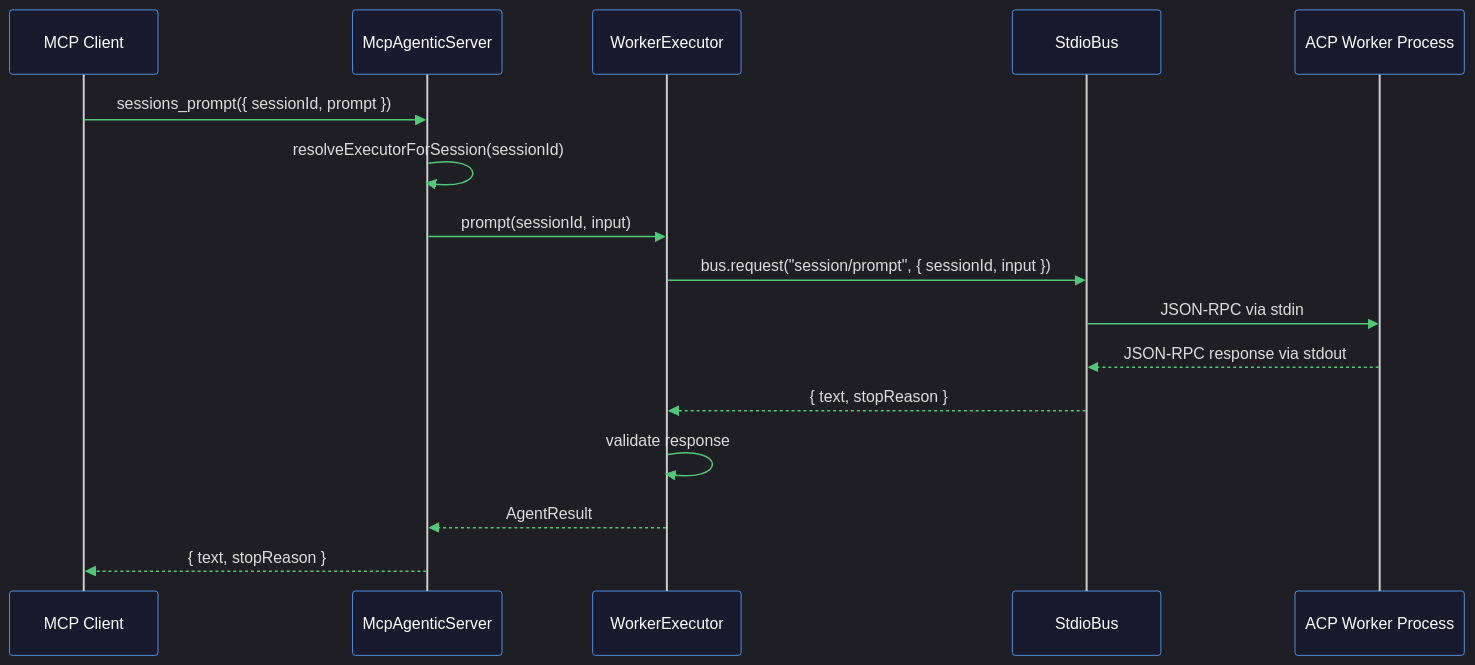
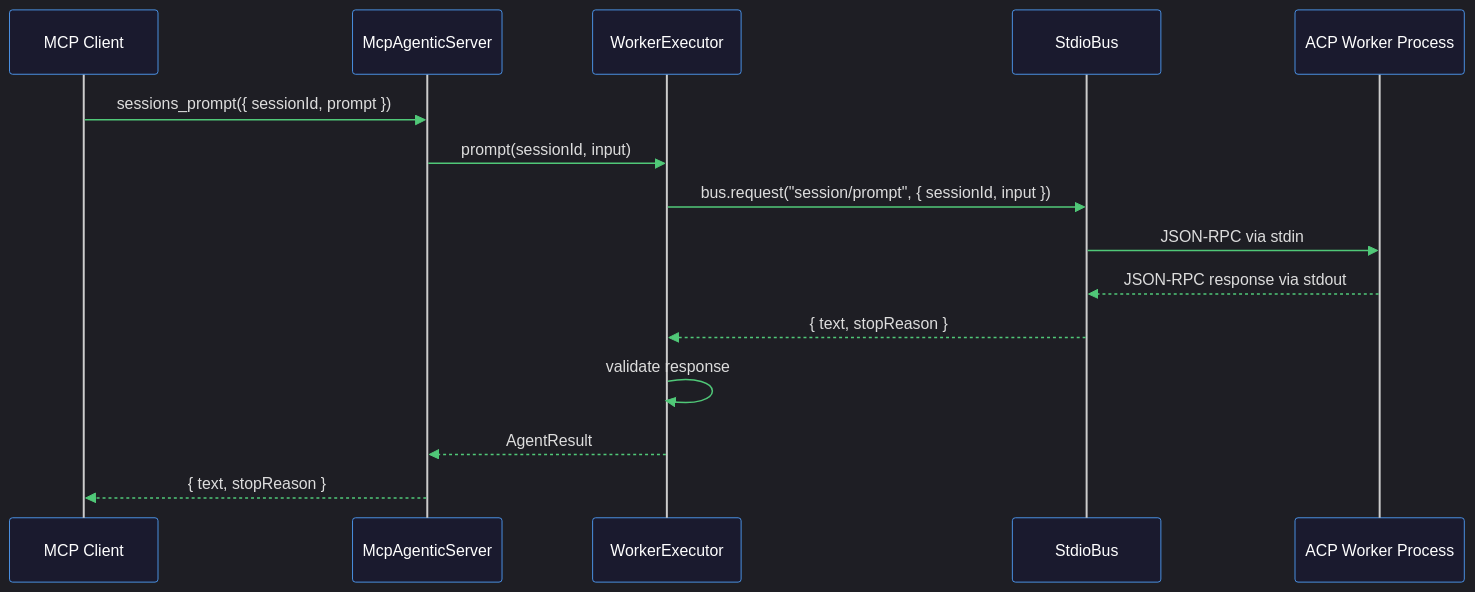
Before and after one commit to stdiobus/mcp-agentic: the fifth of 5 diagrams in README.md, drawn with Mermaid. The commit also changed other lines of this file, not shown here.

````diff
--- a/README.md
+++ b/README.md
@@ -416,20 +504,19 @@
 ```mermaid
-%%{init: {'theme':'dark', 'themeVariables':{'actorBkg':'#1a1a2e','actorBorder':'#4a90e2','actorTextColor':'#fff','signalColor':'#50c878','signalTextColor':'#ddd','noteBkgColor':'#16213e','noteTextColor':'#fff','noteBorderColor':'#e67e22','activationBkgColor':'#0f3460','activationBorderColor':'#9b59b6','sequenceNumberColor':'#f39c12'}}}%%
+%%{init: {'theme':'dark', 'themeVariables':{'actorBkg':'#1a1a2e','actorBorder':'#4a90e2','actorTextColor':'#fff','signalColor':'#50c878','signalTextColor':'#ddd','noteBkgColor':'#16213e','noteTextColor':'#fff','noteBorderColor':'#e67e22','activationBkgColor':'#0f3460','activationBorderColor':'#9b59b6'}}}%%
 sequenceDiagram
     participant C as MCP Client
     participant S as McpAgenticServer
     participant W as WorkerExecutor
     participant B as StdioBus
     participant P as ACP Worker Process
 
     C->>S: sessions_prompt({ sessionId, prompt })
-    S->>S: resolveExecutorForSession(sessionId)
     S->>W: prompt(sessionId, input)
     W->>B: bus.request("session/prompt", { sessionId, input })
     B->>P: JSON-RPC via stdin
     P-->>B: JSON-RPC response via stdout
     B-->>W: { text, stopReason }
     W->>W: validate response
     W-->>S: AgentResult
     S-->>C: { text, stopReason }
 ```
````
